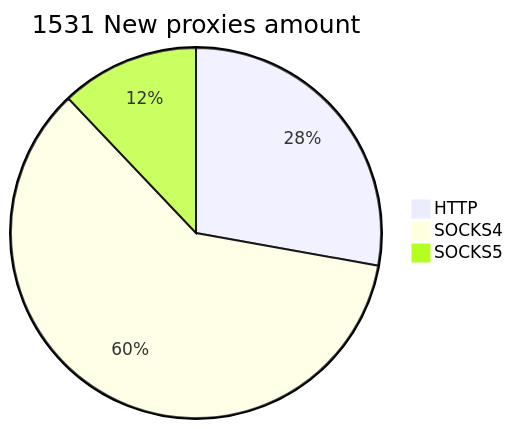
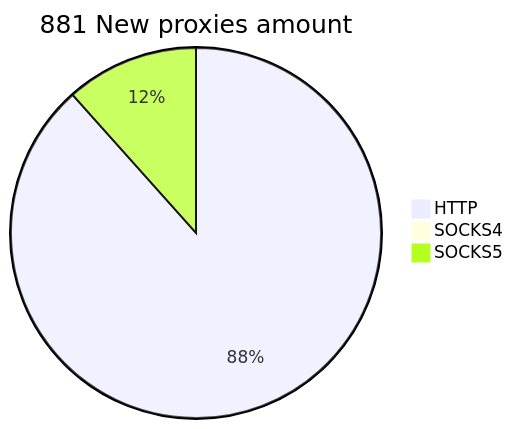
The second of 2 diagrams in README.md (cutipu/proxylist), drawn with Mermaid before and after one commit. The commit also changed other lines of this file, not shown here.

````diff
--- a/README.md
+++ b/README.md
@@ -10,6 +10,6 @@
 ```mermaid
-pie title 1531 New proxies amount
-    "HTTP" : 426
-    "SOCKS4" : 920
-    "SOCKS5" : 185
+pie title 881 New proxies amount
+    "HTTP" : 777
+    "SOCKS4" : 2
+    "SOCKS5" : 102
 ```
````
